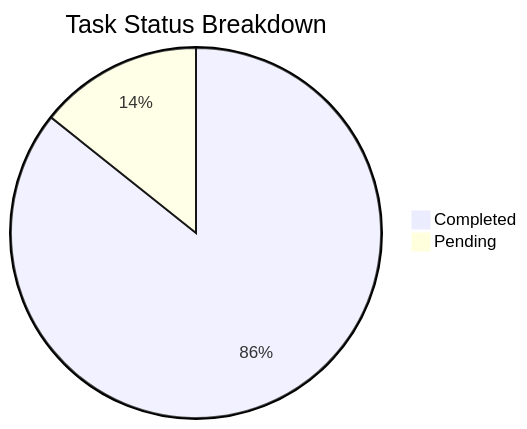
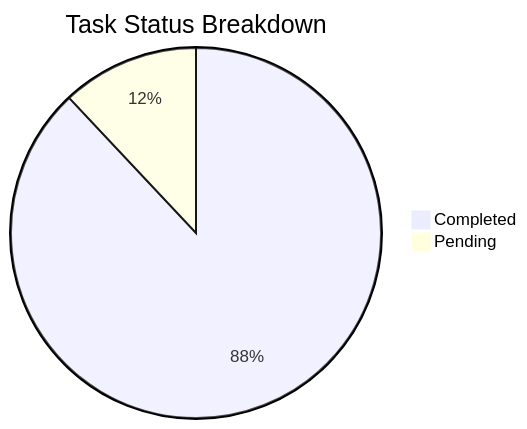
Before and after one commit to sagarms97/MyWorkDairy: the first of 2 diagrams in Sanchay/Analytics.md, drawn with Mermaid. The commit also changed other lines of this file and 6 other files, not shown here.

````diff
--- a/Sanchay/Analytics.md
+++ b/Sanchay/Analytics.md
@@ -12,5 +12,5 @@
 ```mermaid
 pie title Task Status Breakdown
-    "Completed" : 36
+    "Completed" : 44
     "Pending" : 6
 ```
````
